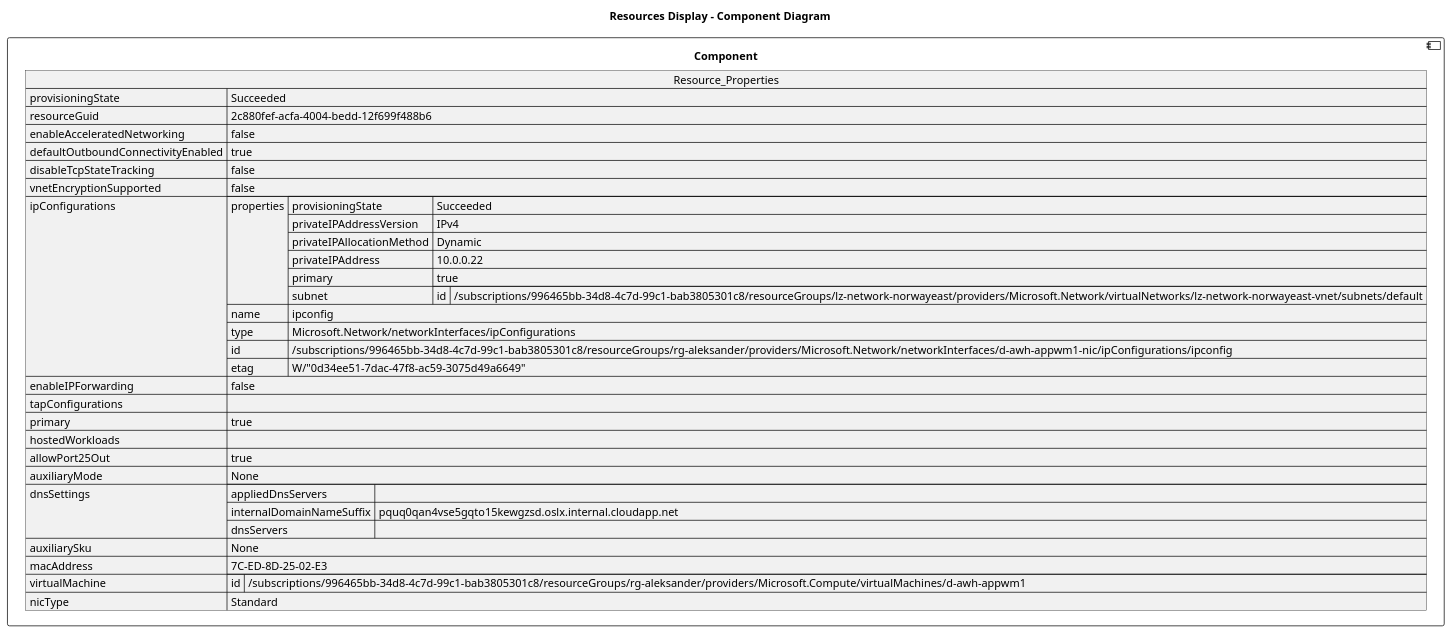
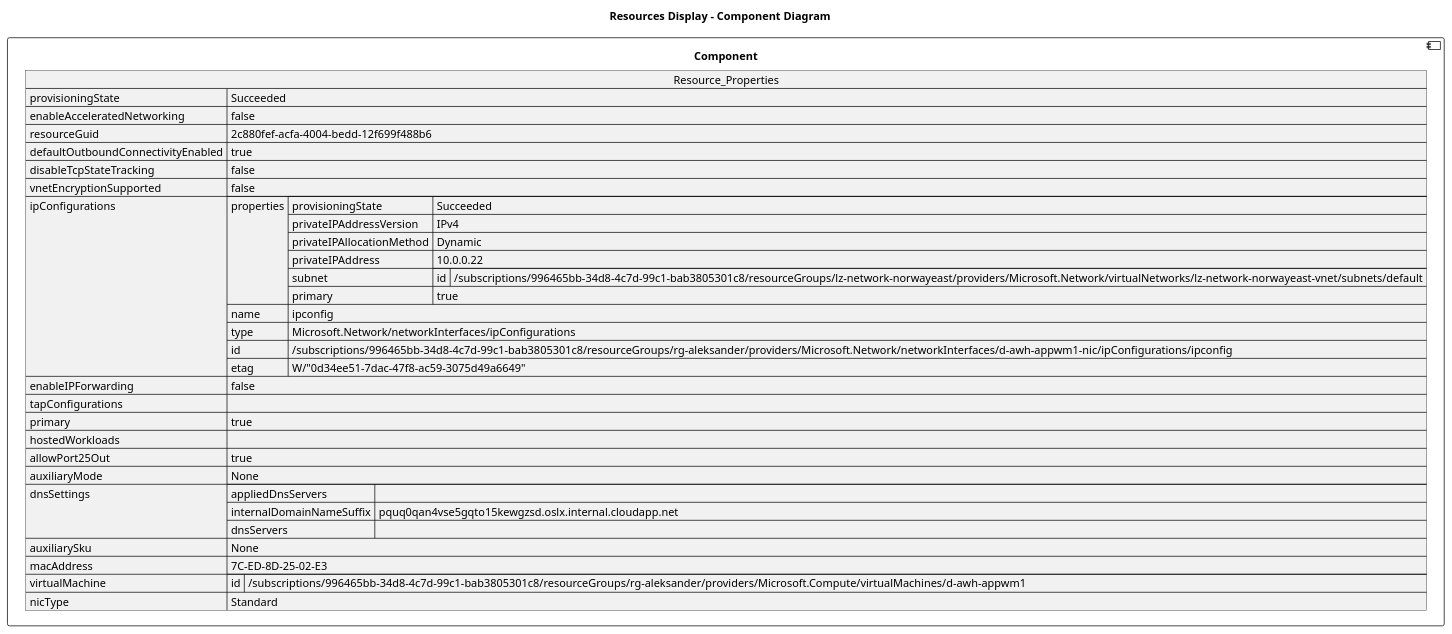
Before and after one commit to DanielAmpong/Test-Azure-architecture-diagram: the diagram in architectureDesign/PUML/rg-aleksander_Resources/d_awh_appwm1_nic.puml, drawn with PlantUML. The commit also changed 305 other files, not shown here.

```diff
--- a/architectureDesign/PUML/rg-aleksander_Resources/d_awh_appwm1_nic.puml
+++ b/architectureDesign/PUML/rg-aleksander_Resources/d_awh_appwm1_nic.puml
@@ -1,51 +1,51 @@
 @startuml
 
 title Resources Display - Component Diagram
 
 component Component {
 
 json  Resource_Properties {
   "provisioningState": "Succeeded",
+  "enableAcceleratedNetworking": false,
   "resourceGuid": "2c880fef-acfa-4004-bedd-12f699f488b6",
-  "enableAcceleratedNetworking": false,
   "defaultOutboundConnectivityEnabled": true,
   "disableTcpStateTracking": false,
   "vnetEncryptionSupported": false,
   "ipConfigurations": [
     {
       "properties": {
         "provisioningState": "Succeeded",
         "privateIPAddressVersion": "IPv4",
         "privateIPAllocationMethod": "Dynamic",
         "privateIPAddress": "10.0.0.22",
-        "primary": true,
         "subnet": {
           "id": "/subscriptions/996465bb-34d8-4c7d-99c1-bab3805301c8/resourceGroups/lz-network-norwayeast/providers/Microsoft.Network/virtualNetworks/lz-network-norwayeast-vnet/subnets/default"
-        }
+        },
+        "primary": true
       },
       "name": "ipconfig",
       "type": "Microsoft.Network/networkInterfaces/ipConfigurations",
       "id": "/subscriptions/996465bb-34d8-4c7d-99c1-bab3805301c8/resourceGroups/rg-aleksander/providers/Microsoft.Network/networkInterfaces/d-awh-appwm1-nic/ipConfigurations/ipconfig",
       "etag": "W/\"0d34ee51-7dac-47f8-ac59-3075d49a6649\""
     }
   ],
   "enableIPForwarding": false,
   "tapConfigurations": [],
   "primary": true,
   "hostedWorkloads": [],
   "allowPort25Out": true,
   "auxiliaryMode": "None",
   "dnsSettings": {
     "appliedDnsServers": [],
     "internalDomainNameSuffix": "pquq0qan4vse5gqto15kewgzsd.oslx.internal.cloudapp.net",
     "dnsServers": []
   },
   "auxiliarySku": "None",
   "macAddress": "7C-ED-8D-25-02-E3",
   "virtualMachine": {
     "id": "/subscriptions/996465bb-34d8-4c7d-99c1-bab3805301c8/resourceGroups/rg-aleksander/providers/Microsoft.Compute/virtualMachines/d-awh-appwm1"
   },
   "nicType": "Standard"
 }
 }
 @enduml
```
